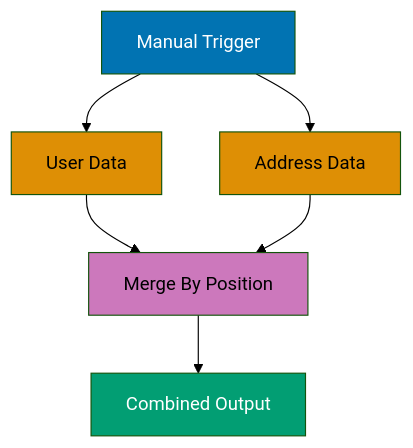
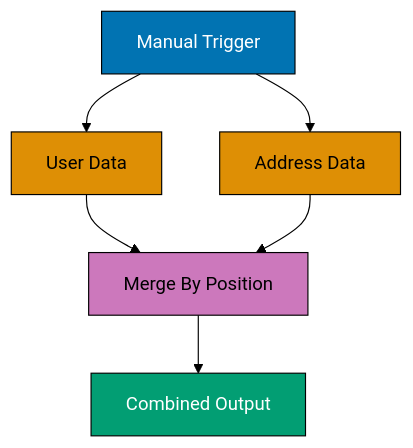
One commit to wahidyankf/open-sharia-enterprise changed the sixth of 8 diagrams in apps/ayokoding-web/content/en/learn/software-engineering/automation/tools/n8n/tutorials/by-example/beginner.md. Above: the diagram before and after it, drawn with Mermaid (forest theme). The commit also changed other lines of this file and 8 other files, not shown here.

````diff
--- a/apps/ayokoding-web/content/en/learn/software-engineering/automation/tools/n8n/tutorials/by-example/beginner.md
+++ b/apps/ayokoding-web/content/en/learn/software-engineering/automation/tools/n8n/tutorials/by-example/beginner.md
@@ -883,15 +897,15 @@
 ```mermaid
 %% Merge data from two sources
 graph TD
     A[Manual Trigger] --> B[User Data]
     A --> C[Address Data]
     B --> D[Merge By Position]
     C --> D
     D --> E[Combined Output]
 
-    style A fill:#0173B2,color:#fff
-    style B fill:#DE8F05,color:#000
-    style C fill:#DE8F05,color:#000
-    style D fill:#CC78BC,color:#000
-    style E fill:#029E73,color:#fff
+    style A fill:#0173B2,stroke:#000,color:#fff
+    style B fill:#DE8F05,stroke:#000,color:#000
+    style C fill:#DE8F05,stroke:#000,color:#000
+    style D fill:#CC78BC,stroke:#000,color:#000
+    style E fill:#029E73,stroke:#000,color:#fff
 ```
````
